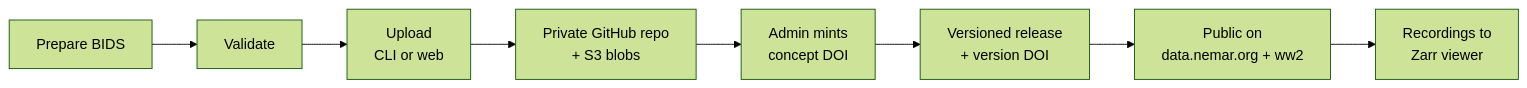
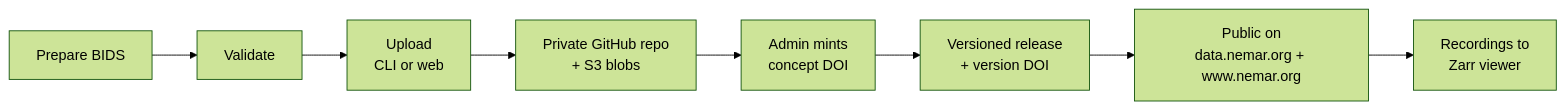
Before and after one commit to nemarOrg/docs: the second of 2 diagrams in src/content/docs/ecosystem/index.md, drawn with Mermaid (forest theme). The commit also changed other lines of this file and 6 other files, not shown here.

First line of the commit message:
Replace ww2.nemar.org with www.nemar.org; drop legacy-site references

````diff
--- a/src/content/docs/ecosystem/index.md
+++ b/src/content/docs/ecosystem/index.md
@@ -50,10 +49,10 @@
 ```mermaid
 flowchart LR
   A[Prepare BIDS] --> B[Validate]
   B --> C[Upload<br/>CLI or web]
   C --> D[Private GitHub repo<br/>+ S3 blobs]
   D --> E[Admin mints<br/>concept DOI]
   E --> F[Versioned release<br/>+ version DOI]
-  F --> G[Public on<br/>data.nemar.org + ww2]
+  F --> G[Public on<br/>data.nemar.org + www.nemar.org]
   G --> H[Recordings to<br/>Zarr viewer]
 ```
````
